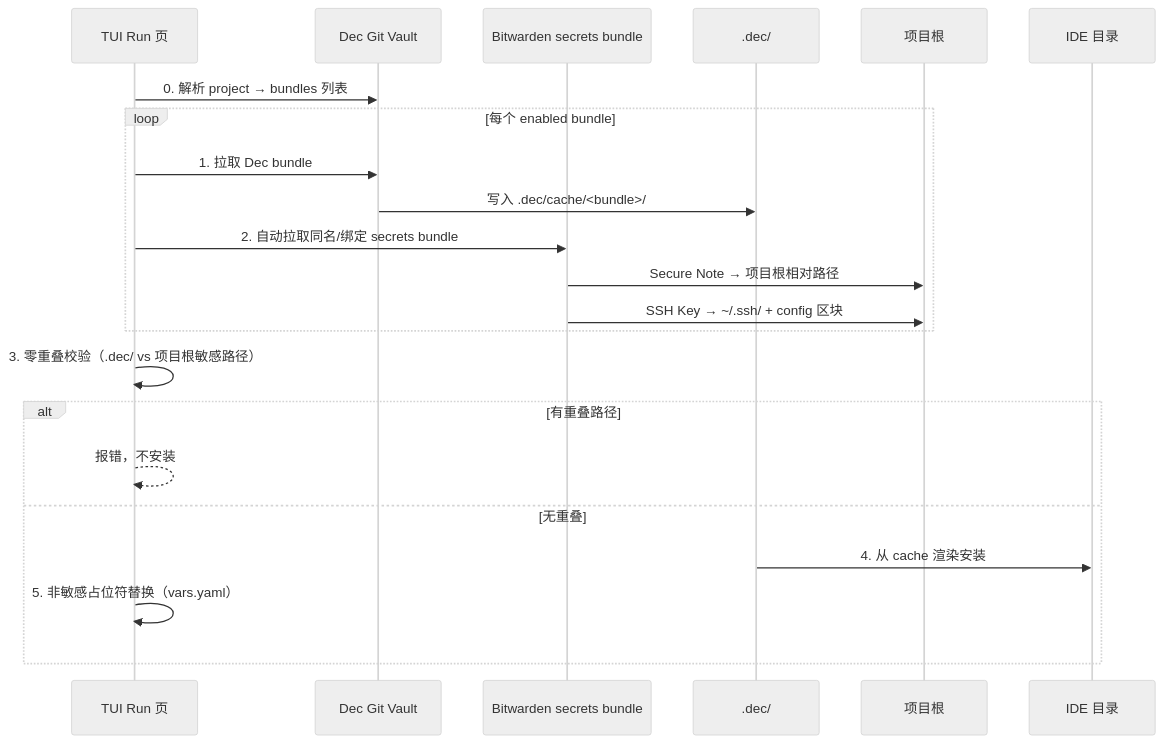
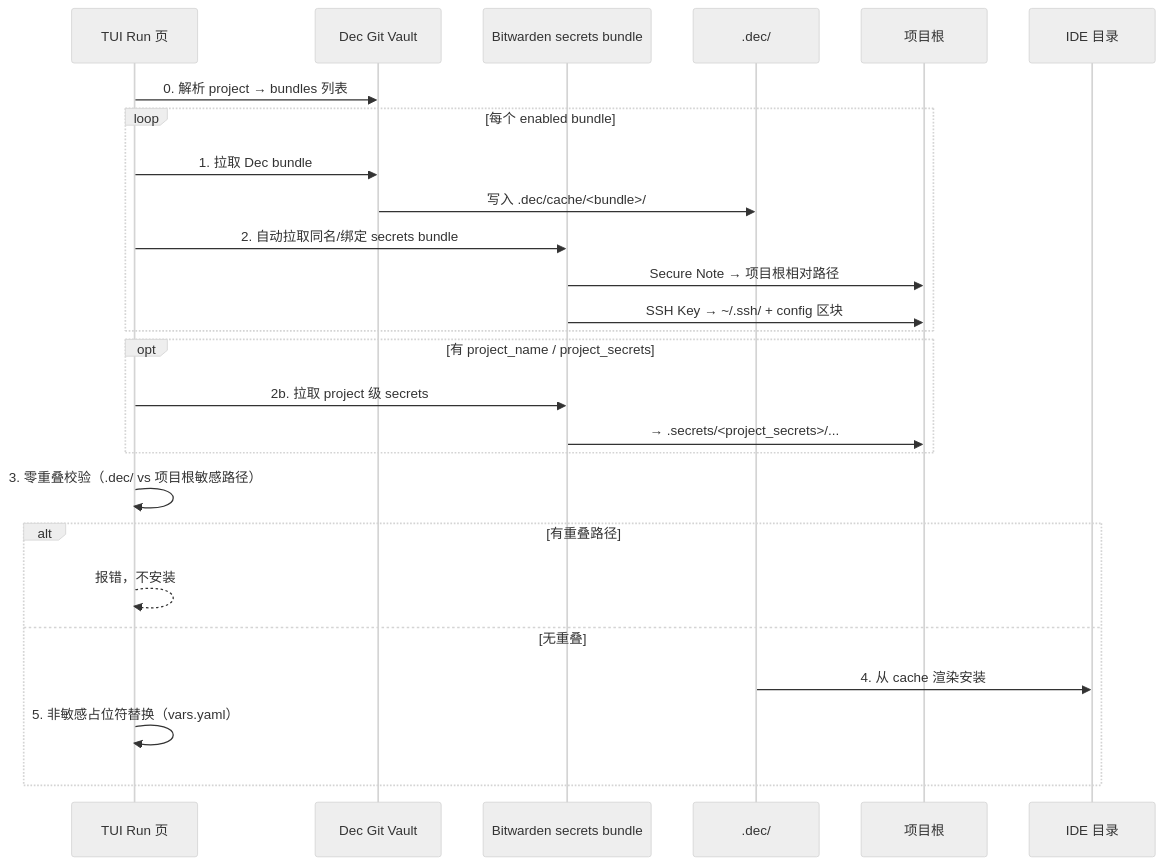
Before and after one commit to shichao402/Dec: the first of 2 diagrams in Documents/BUNDLE-SECRETS-MODEL.md, drawn with Mermaid (neutral theme). The commit also changed other lines of this file and 203 other files, not shown here.

````diff
--- a/Documents/BUNDLE-SECRETS-MODEL.md
+++ b/Documents/BUNDLE-SECRETS-MODEL.md
@@ -179,25 +216,29 @@
 ```mermaid
 sequenceDiagram
   participant TUI as TUI Run 页
   participant Dec as Dec Git Vault
   participant BW as Bitwarden secrets bundle
   participant DecRoot as .dec/
   participant Proj as 项目根
   participant IDE as IDE 目录
 
   TUI->>Dec: 0. 解析 project → bundles 列表
   loop 每个 enabled bundle
     TUI->>Dec: 1. 拉取 Dec bundle
     Dec->>DecRoot: 写入 .dec/cache/<bundle>/
     TUI->>BW: 2. 自动拉取同名/绑定 secrets bundle
     BW->>Proj: Secure Note → 项目根相对路径
     BW->>Proj: SSH Key → ~/.ssh/ + config 区块
   end
+  opt 有 project_name / project_secrets
+    TUI->>BW: 2b. 拉取 project 级 secrets
+    BW->>Proj: → .secrets/<project_secrets>/...
+  end
   TUI->>TUI: 3. 零重叠校验（.dec/ vs 项目根敏感路径）
   alt 有重叠路径
     TUI-->>TUI: 报错，不安装
   else 无重叠
     DecRoot->>IDE: 4. 从 cache 渲染安装
     TUI->>TUI: 5. 非敏感占位符替换（vars.yaml）
   end
 ```
````
